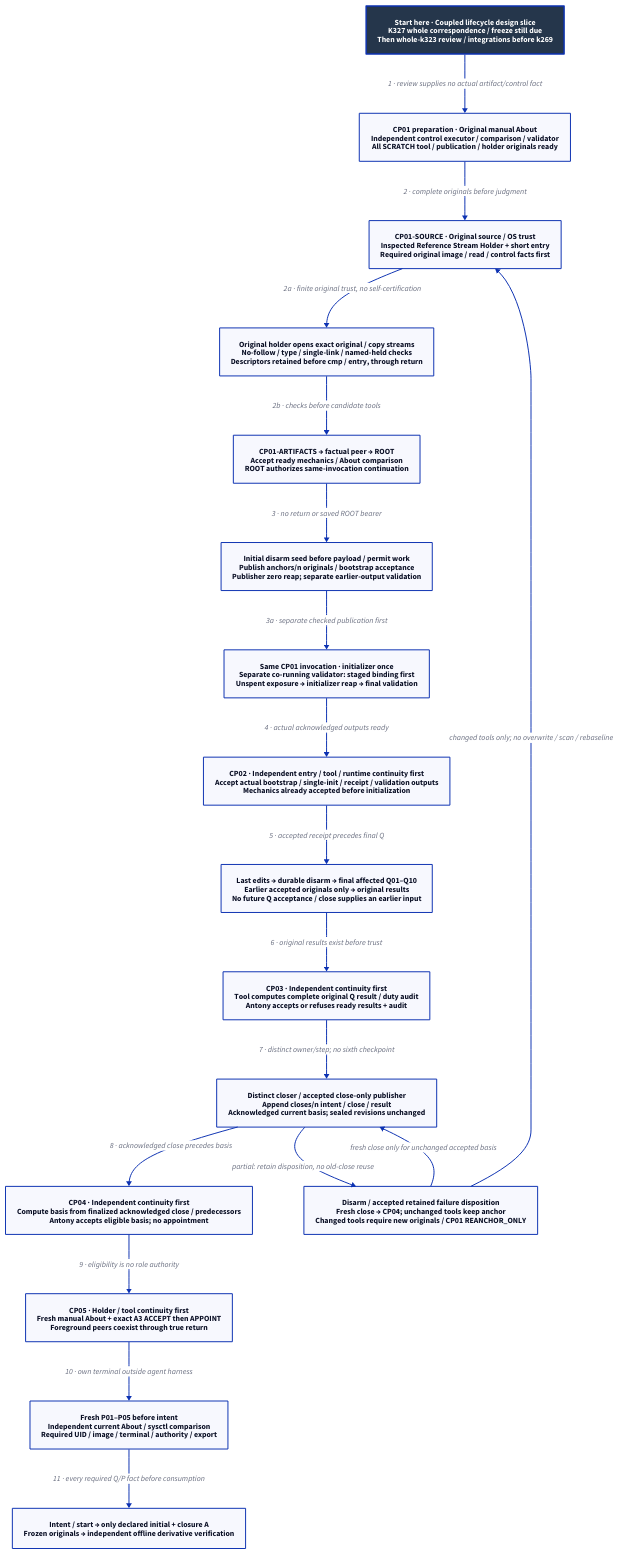
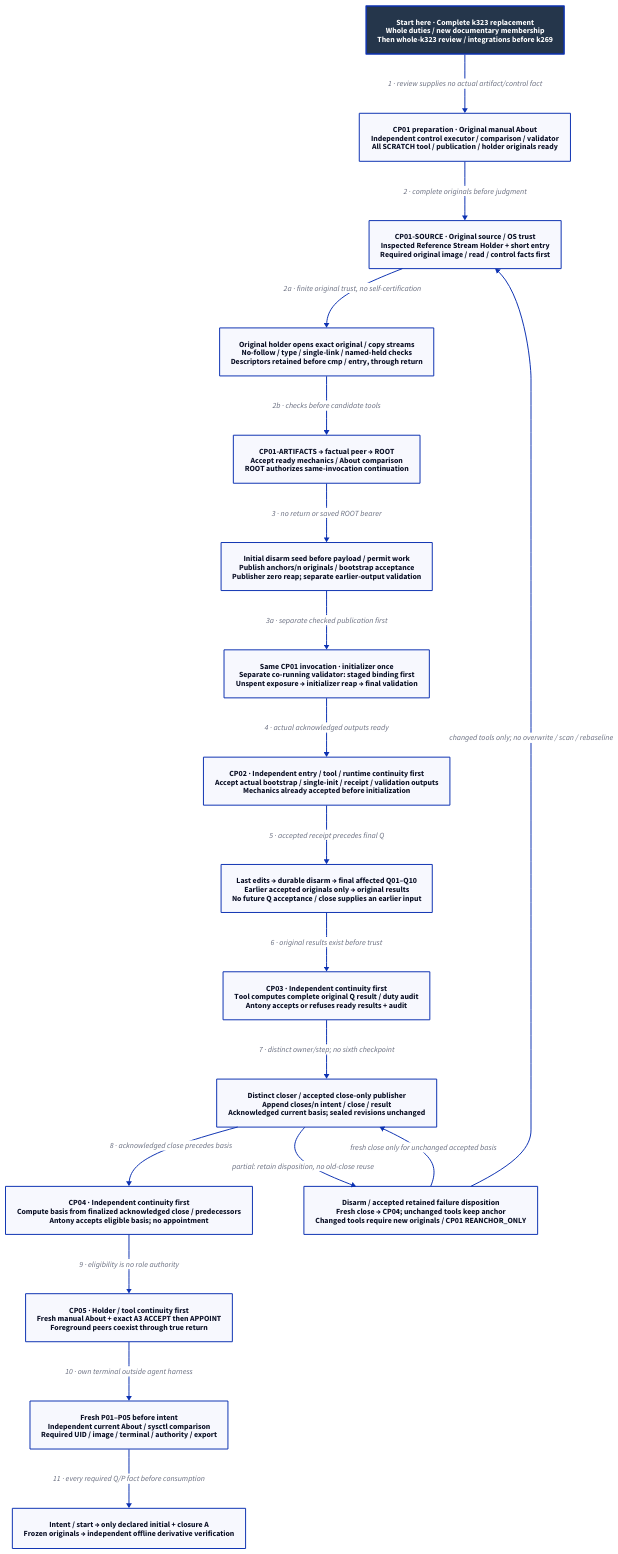
One commit to Linkuistics/Koine changed the diagram in docs/design/architecture/native-reference-proof.d2. Above: the diagram before and after it, drawn with D2. The commit also changed 51 other files, not shown here.

First line of the commit message:
Complete practical admission correspondence (reference-evidence-practical-admission-correspondence-k327)

```diff
--- a/docs/design/architecture/native-reference-proof.d2
+++ b/docs/design/architecture/native-reference-proof.d2
@@ -1,38 +1,38 @@
-# K326 coupled lifecycle slice; k327 whole correspondence/freeze precedes k323 review.
+# Complete k323 design; mandatory whole review/integrations precede k269.
 direction: down
 classes: {
   start: {style: {fill: "#25364B"; font-color: "#FFFFFF"; bold: true; stroke-width: 3}}
 }
-Start: "Start here · Coupled lifecycle design slice\nK327 whole correspondence / freeze still due\nThen whole-k323 review / integrations before k269" {class: start}
+Start: "Start here · Complete k323 replacement\nWhole duties / new documentary membership\nThen whole-k323 review / integrations before k269" {class: start}
 Prepare: "CP01 preparation · Original manual About\nIndependent control executor / comparison / validator\nAll SCRATCH tool / publication / holder originals ready"
 Source: "CP01-SOURCE · Original source / OS trust\nInspected Reference Stream Holder + short entry\nRequired original image / read / control facts first"
 Holder: "Original holder opens exact original / copy streams\nNo-follow / type / single-link / named-held checks\nDescriptors retained before cmp / entry, through return"
 CP01: "CP01-ARTIFACTS → factual peer → ROOT\nAccept ready mechanics / About comparison\nROOT authorizes same-invocation continuation"
 Bootstrap: "Initial disarm seed before payload / permit work\nPublish anchors/n originals / bootstrap acceptance\nPublisher zero reap; separate earlier-output validation"
 Initialize: "Same CP01 invocation · initializer once\nSeparate co-running validator: staged binding first\nUnspent exposure → initializer reap → final validation"
 CP02: "CP02 · Independent entry / tool / runtime continuity first\nAccept actual bootstrap / single-init / receipt / validation outputs\nMechanics already accepted before initialization"
 Q: "Last edits → durable disarm → final affected Q01–Q10\nEarlier accepted originals only → original results\nNo future Q acceptance / close supplies an earlier input"
 CP03: "CP03 · Independent continuity first\nTool computes complete original Q result / duty audit\nAntony accepts or refuses ready results + audit"
 Close: "Distinct closer / accepted close-only publisher\nAppend closes/n intent / close / result\nAcknowledged current basis; sealed revisions unchanged"
 CP04: "CP04 · Independent continuity first\nCompute basis from finalized acknowledged close / predecessors\nAntony accepts eligible basis; no appointment"
 CP05: "CP05 · Holder / tool continuity first\nFresh manual About + exact A3 ACCEPT then APPOINT\nForeground peers coexist through true return"
 P: "Fresh P01–P05 before intent\nIndependent current About / sysctl comparison\nRequired UID / image / terminal / authority / export"
 A: "Intent / start → only declared initial + closure A\nFrozen originals → independent offline derivative verification"
 Start -> Prepare: "1 · review supplies no actual artifact/control fact"
 Prepare -> Source: "2 · complete originals before judgment"
 Source -> Holder: "2a · finite original trust, no self-certification"
 Holder -> CP01: "2b · checks before candidate tools"
 CP01 -> Bootstrap: "3 · no return or saved ROOT bearer"
 Bootstrap -> Initialize: "3a · separate checked publication first"
 Initialize -> CP02: "4 · actual acknowledged outputs ready"
 CP02 -> Q: "5 · accepted receipt precedes final Q"
 Q -> CP03: "6 · original results exist before trust"
 CP03 -> Close: "7 · distinct owner/step; no sixth checkpoint"
 Close -> CP04: "8 · acknowledged close precedes basis"
 CP04 -> CP05: "9 · eligibility is no role authority"
 CP05 -> P: "10 · own terminal outside agent harness"
 P -> A: "11 · every required Q/P fact before consumption"
 Correction: "Disarm / accepted retained failure disposition\nFresh close → CP04; unchanged tools keep anchor\nChanged tools require new originals / CP01 REANCHOR_ONLY"
 Close -> Correction: "partial: retain disposition, no old-close reuse"
 Correction -> Close: "fresh close only for unchanged accepted basis"
 Correction -> Source: "changed tools only; no overwrite / scan / rebaseline"
```
